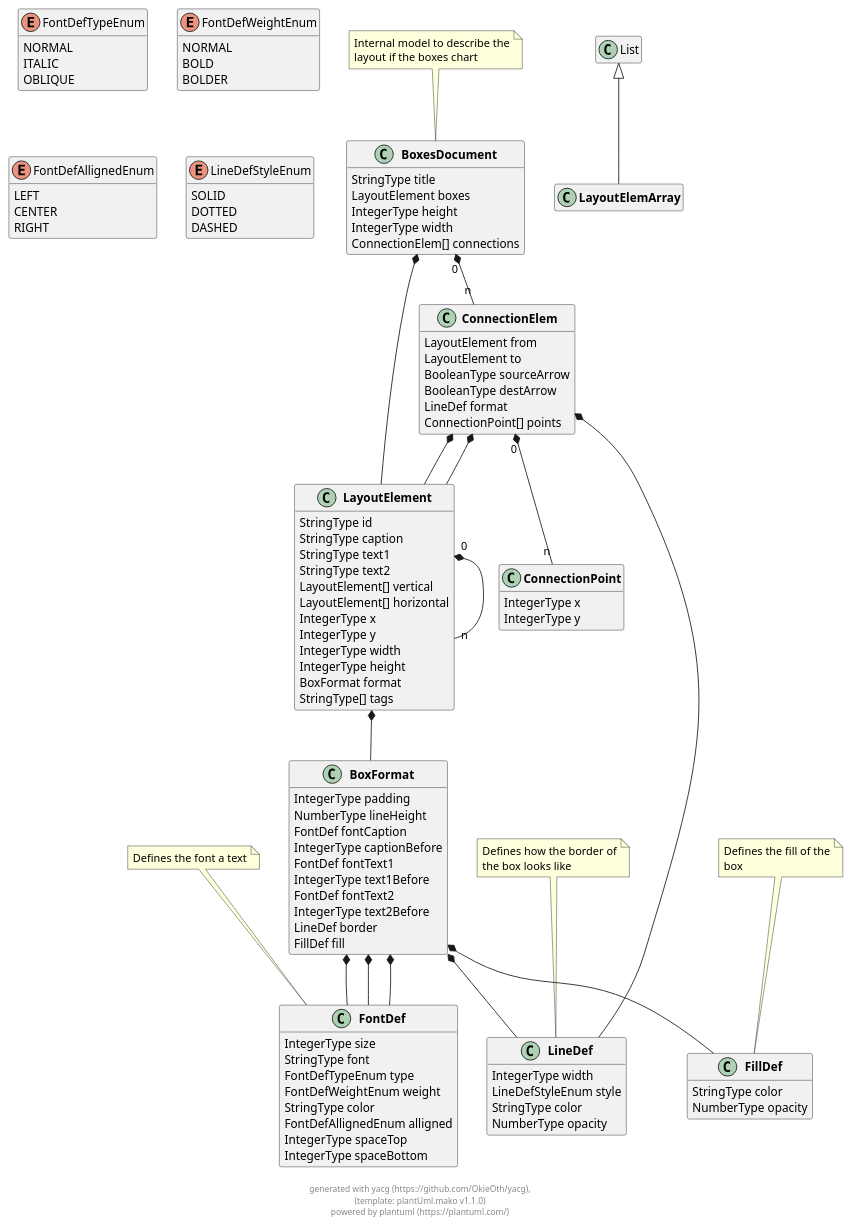
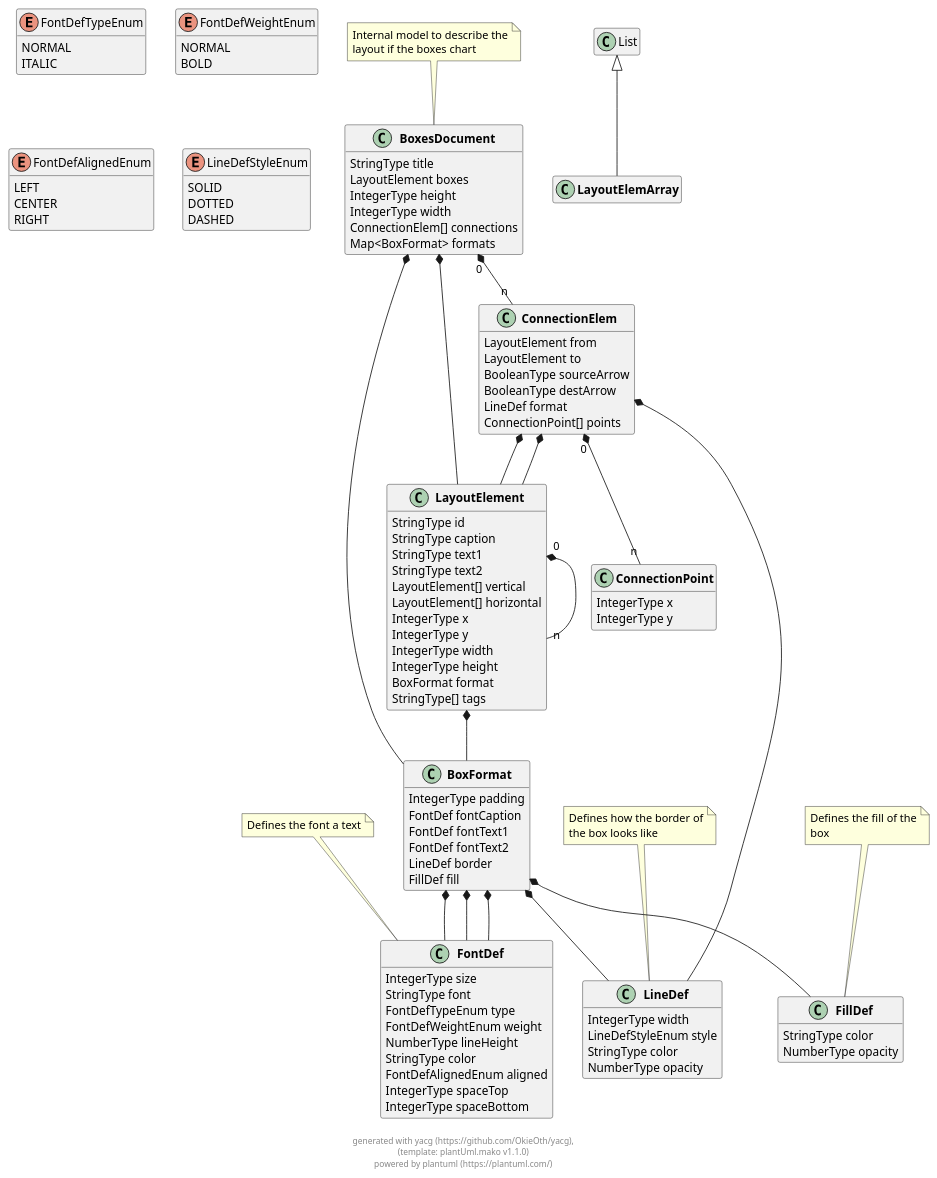
Before and after one commit to OkieOth/draw.chart.things: the diagram in docs/models/puml/boxes_document.puml, drawn with PlantUML. The commit also changed 14 other files, not shown here.

```diff
--- a/docs/models/puml/boxes_document.puml
+++ b/docs/models/puml/boxes_document.puml
@@ -10,6 +10,7 @@
         IntegerType height
         IntegerType width
         ConnectionElem[] connections
+        Map<BoxFormat> formats
 }
 note top: Internal model to describe the\nlayout if the boxes chart
 
@@ -43,23 +44,20 @@
 
  
 
-class "**LayoutElemArray**" as LayoutElemArray extends List {
-}
 
 class "**BoxFormat**" as BoxFormat {
         IntegerType padding
-        NumberType lineHeight
         FontDef fontCaption
-        IntegerType captionBefore
         FontDef fontText1
-        IntegerType text1Before
         FontDef fontText2
-        IntegerType text2Before
         LineDef border
         FillDef fill
 }
 
  
+
+class "**LayoutElemArray**" as LayoutElemArray extends List {
+}
 
 class "**ConnectionPoint**" as ConnectionPoint {
         IntegerType x
@@ -73,8 +71,9 @@
         StringType font
         FontDefTypeEnum type
         FontDefWeightEnum weight
+        NumberType lineHeight
         StringType color
-        FontDefAllignedEnum alligned
+        FontDefAlignedEnum aligned
         IntegerType spaceTop
         IntegerType spaceBottom
 }
@@ -85,16 +84,14 @@
 enum "FontDefTypeEnum" as FontDefTypeEnum {
     NORMAL
     ITALIC
-    OBLIQUE
 }
 
 enum "FontDefWeightEnum" as FontDefWeightEnum {
     NORMAL
     BOLD
-    BOLDER
 }
 
-enum "FontDefAllignedEnum" as FontDefAllignedEnum {
+enum "FontDefAlignedEnum" as FontDefAlignedEnum {
     LEFT
     CENTER
     RIGHT
@@ -133,6 +130,8 @@
 
 BoxesDocument "0" *-- "n" ConnectionElem
 
+BoxesDocument  *--  BoxFormat
+
     
 
 
@@ -162,24 +161,22 @@
     
     
 
+BoxFormat  *--  FontDef
 
 BoxFormat  *--  FontDef
 
-
 BoxFormat  *--  FontDef
-
-
-BoxFormat  *--  FontDef
-
 
 BoxFormat  *--  LineDef
 
 BoxFormat  *--  FillDef
 
     
+    
 
 
     
+
 
 
 
```
